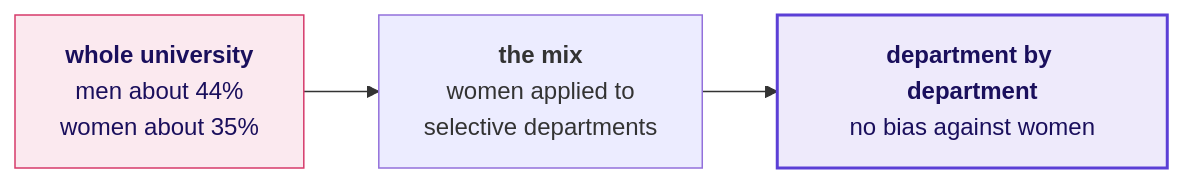
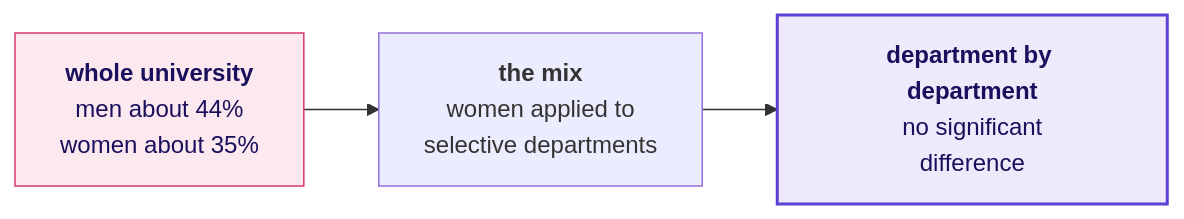
One commit to fde-academy-lab/c2-content-factory changed diagram 19 of 26 in content/W01/D2/slides/C2_W01_D02_half1_STUDENT.md. Above: the diagram before and after it, drawn with Mermaid. The commit also changed other lines of this file and 35 other files, not shown here.

````diff
--- a/content/W01/D2/slides/C2_W01_D02_half1_STUDENT.md
+++ b/content/W01/D2/slides/C2_W01_D02_half1_STUDENT.md
@@ -907,9 +907,9 @@
 ```mermaid
 flowchart LR
     U["<b>whole university</b><br/>men about 44%<br/>women about 35%"] --> M["<b>the mix</b><br/>women applied to<br/>selective departments"]
-    M --> D["<b>department by department</b><br/>no bias against women"]
+    M --> D["<b>department by department</b><br/>no significant<br/>difference"]
     classDef bad fill:#FBE9EF,stroke:#D63A6A,color:#1A0F5C
     classDef known fill:#EEEAFB,stroke:#5B3FD6,color:#1A0F5C,stroke-width:2px
     class U bad
     class D known
 ```
````
